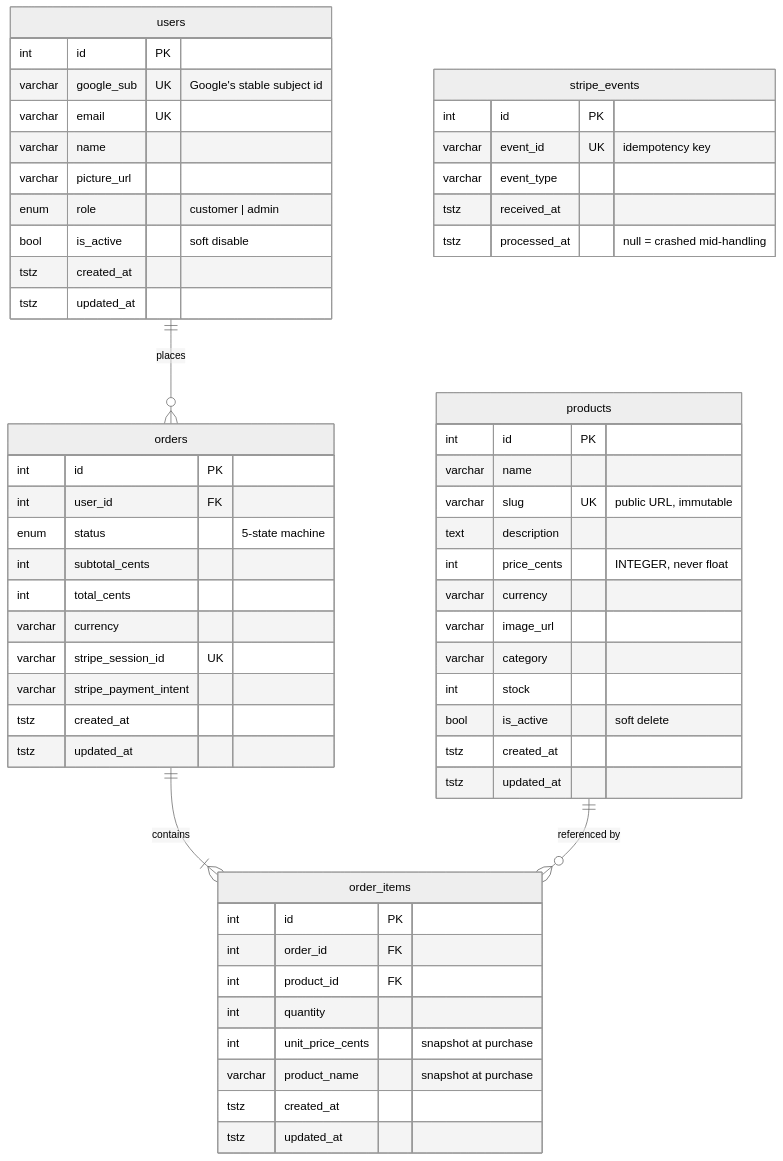
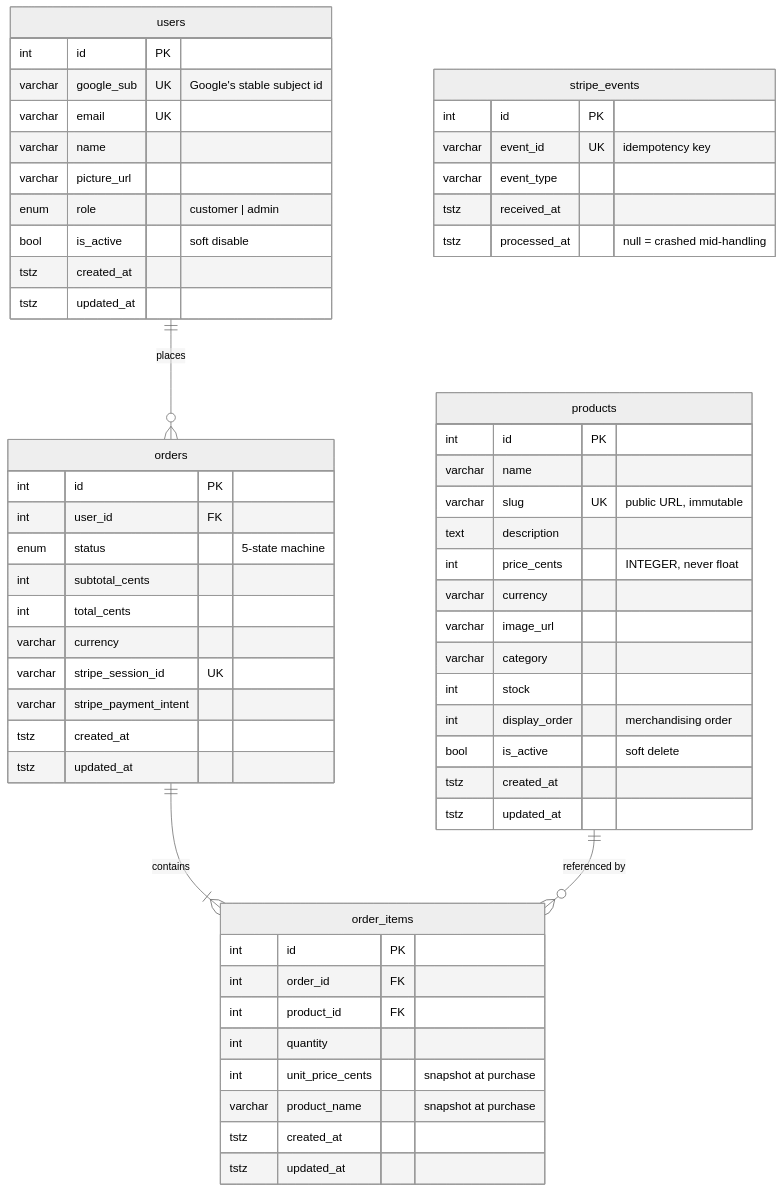
One commit to Ganesh-Mk/moksha-assignment changed the diagram in moksha-ecommerce/docs/DATABASE_SCHEMA.md. Above: the diagram before and after it, drawn with Mermaid (neutral theme). The commit also changed other lines of this file and 1 other file, not shown here.

Commit message:
docs(a2): display_order, and the user disable/restore endpoints

````diff
--- a/moksha-ecommerce/docs/DATABASE_SCHEMA.md
+++ b/moksha-ecommerce/docs/DATABASE_SCHEMA.md
@@ -13,65 +13,66 @@
 ```mermaid
 erDiagram
     users ||--o{ orders : "places"
     orders ||--|{ order_items : "contains"
     products ||--o{ order_items : "referenced by"
 
     users {
         int      id PK
         varchar  google_sub UK "Google's stable subject id"
         varchar  email UK
         varchar  name
         varchar  picture_url
         enum     role "customer | admin"
         bool     is_active "soft disable"
         tstz     created_at
         tstz     updated_at
     }
 
     products {
         int      id PK
         varchar  name
         varchar  slug UK "public URL, immutable"
         text     description
         int      price_cents "INTEGER, never float"
         varchar  currency
         varchar  image_url
         varchar  category
         int      stock
+        int      display_order "merchandising order"
         bool     is_active "soft delete"
         tstz     created_at
         tstz     updated_at
     }
 
     orders {
         int      id PK
         int      user_id FK
         enum     status "5-state machine"
         int      subtotal_cents
         int      total_cents
         varchar  currency
         varchar  stripe_session_id UK
         varchar  stripe_payment_intent
         tstz     created_at
         tstz     updated_at
     }
 
     order_items {
         int      id PK
         int      order_id FK
         int      product_id FK
         int      quantity
         int      unit_price_cents "snapshot at purchase"
         varchar  product_name "snapshot at purchase"
         tstz     created_at
         tstz     updated_at
     }
 
     stripe_events {
         int      id PK
         varchar  event_id UK "idempotency key"
         varchar  event_type
         tstz     received_at
         tstz     processed_at "null = crashed mid-handling"
     }
 ```
````
